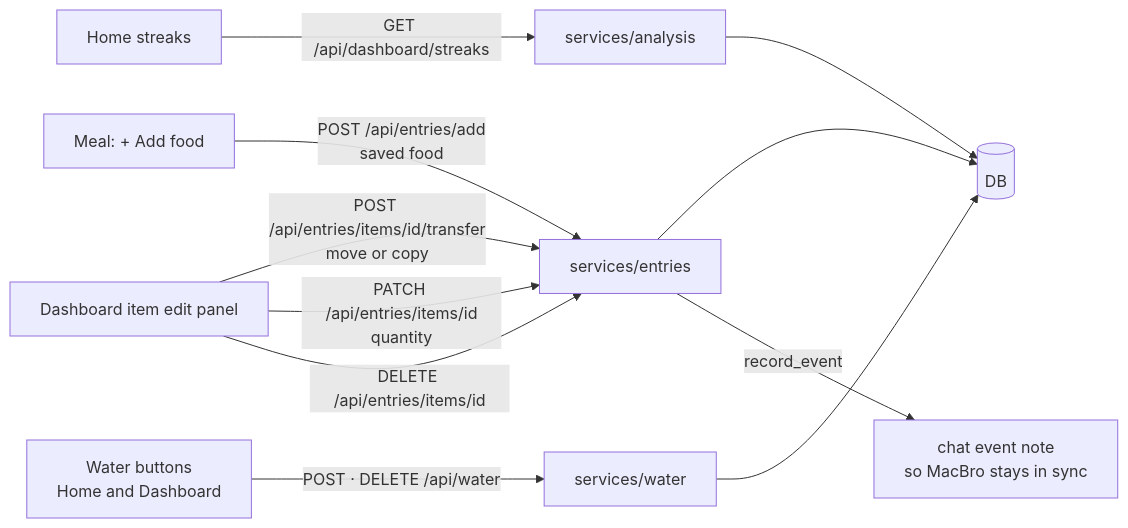
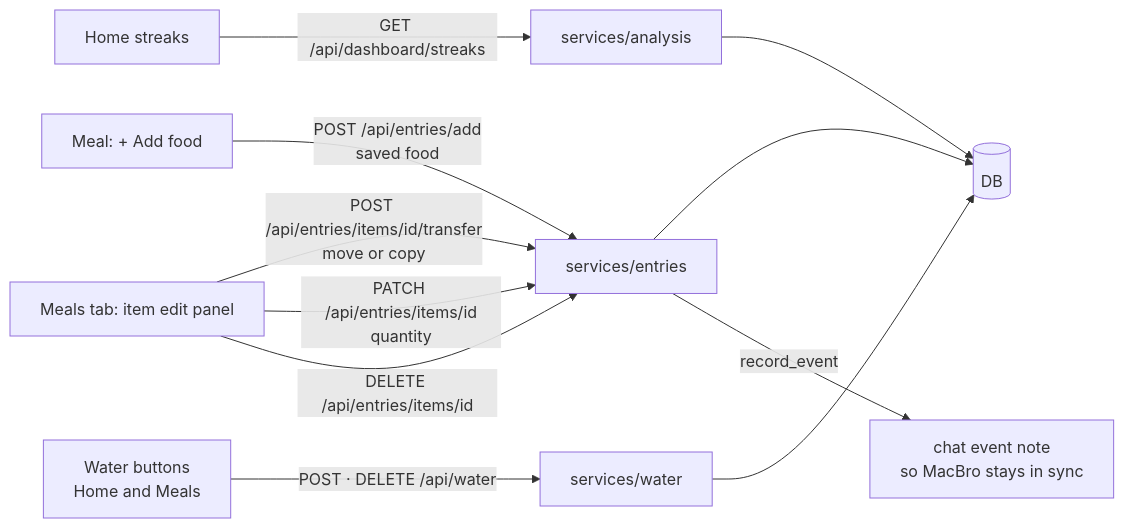
Before and after one commit to NeoAnushka21/tracker_poc: the sixth of 11 diagrams in docs/hld.md, drawn with Mermaid. The commit also changed other lines of this file and 13 other files, not shown here.

First line of the commit message:
Meals tab: folded meal cards, MacBro invite, progress inside; guide spotlight

````diff
--- a/docs/hld.md
+++ b/docs/hld.md
@@ -145,13 +145,13 @@
 ```mermaid
 flowchart LR
-    D[Dashboard item edit panel] -->|POST /api/entries/items/id/transfer<br/>move or copy| E[services/entries]
+    D[Meals tab: item edit panel] -->|POST /api/entries/items/id/transfer<br/>move or copy| E[services/entries]
     AF[Meal: + Add food] -->|POST /api/entries/add<br/>saved food| E
     D -->|PATCH /api/entries/items/id<br/>quantity| E
     D -->|DELETE /api/entries/items/id| E
-    W[Water buttons<br/>Home and Dashboard] -->|POST · DELETE /api/water| WS[services/water]
+    W[Water buttons<br/>Home and Meals] -->|POST · DELETE /api/water| WS[services/water]
     H[Home streaks] -->|GET /api/dashboard/streaks| AN[services/analysis]
     AN --> DB
     E --> DB[(DB)]
     WS --> DB
     E -->|record_event| CM[chat event note<br/>so MacBro stays in sync]
 ```
````
